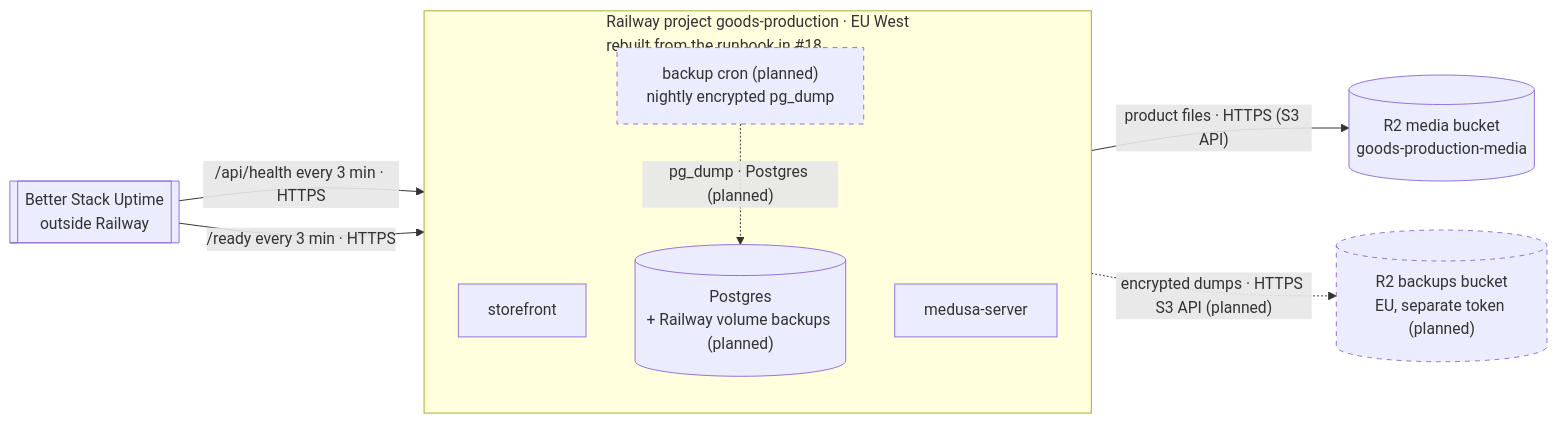
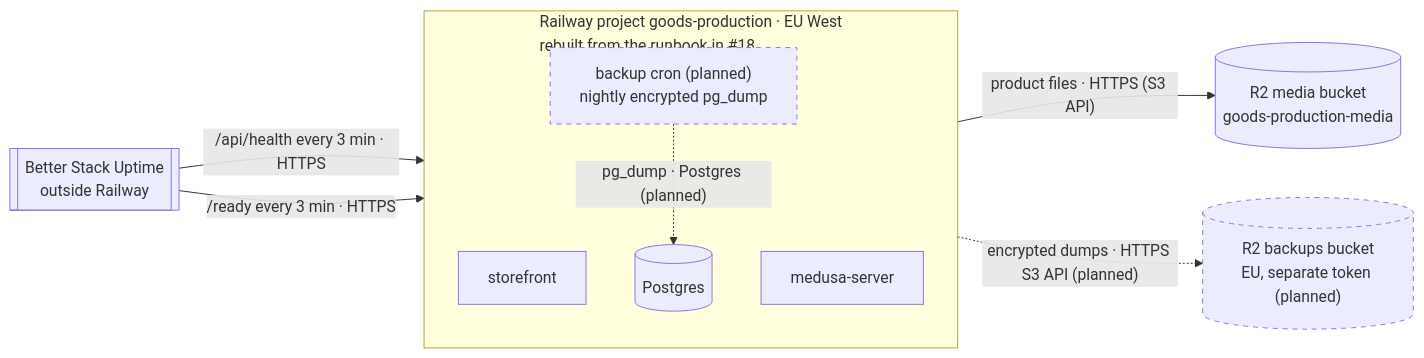
The tenth of 11 diagrams in docs/architecture/overview.md (Tirso0882/goods), drawn with Mermaid before and after one commit. The commit also changed 2 other files, not shown here.

Commit message:
docs(runbooks): backup setup as done live, without Railway volume backups (#19)
Railway's volume backups need the Pro plan, so on Hobby they stay off and
the nightly pg_dump to R2 is the only Postgres backup; #89 decides on paid
backups or point-in-time recovery before real orders.

The backups bucket was created with the cf CLI, so the runbook now holds
those exact commands. The backup key goes into Bitwarden before the first
run rather than at go-live, since a lost key makes every backup unreadable.
Heartbeat alerts are email only: push needs a paid Better Stack plan.

````diff
--- a/docs/architecture/overview.md
+++ b/docs/architecture/overview.md
@@ -347,23 +347,23 @@
 ```mermaid
 flowchart LR
   uptime[["Better Stack Uptime<br/>outside Railway"]]
   r2m[("R2 media bucket<br/>goods-production-media")]
   r2b[("R2 backups bucket<br/>EU, separate token (planned)")]
 
   subgraph rw["Railway project goods-production · EU West<br/>rebuilt from the runbook in #18"]
     direction TB
     sf["storefront"]
     srv["medusa-server"]
     cron["backup cron (planned)<br/>nightly encrypted pg_dump"]
-    pg[("Postgres<br/>+ Railway volume backups (planned)")]
+    pg[("Postgres")]
   end
 
   srv -->|"product files · HTTPS (S3 API)"| r2m
   cron -.->|"pg_dump · Postgres (planned)"| pg
   cron -.->|"encrypted dumps · HTTPS S3 API (planned)"| r2b
   uptime -->|"/api/health every 3 min · HTTPS"| sf
   uptime -->|"/ready every 3 min · HTTPS"| srv
 
   classDef planned stroke-dasharray: 5 5
   class cron,r2b planned
 ```
````
